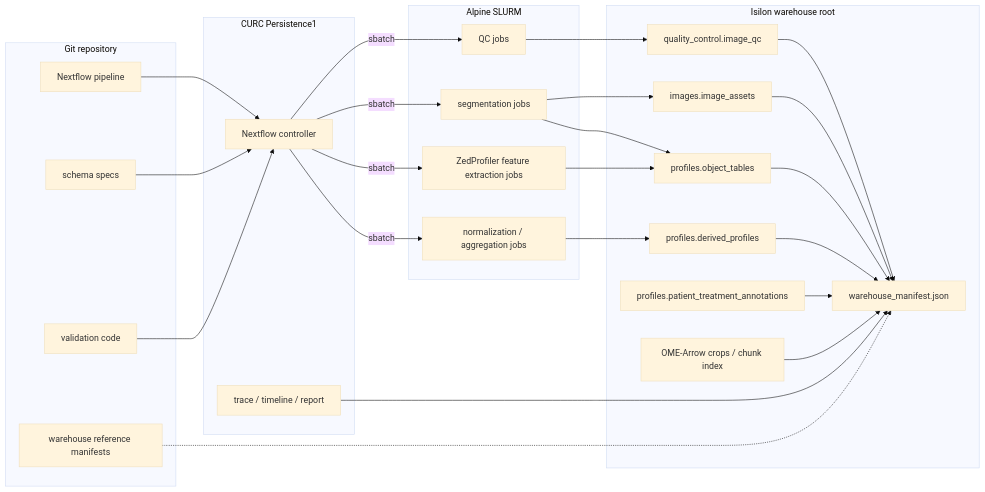
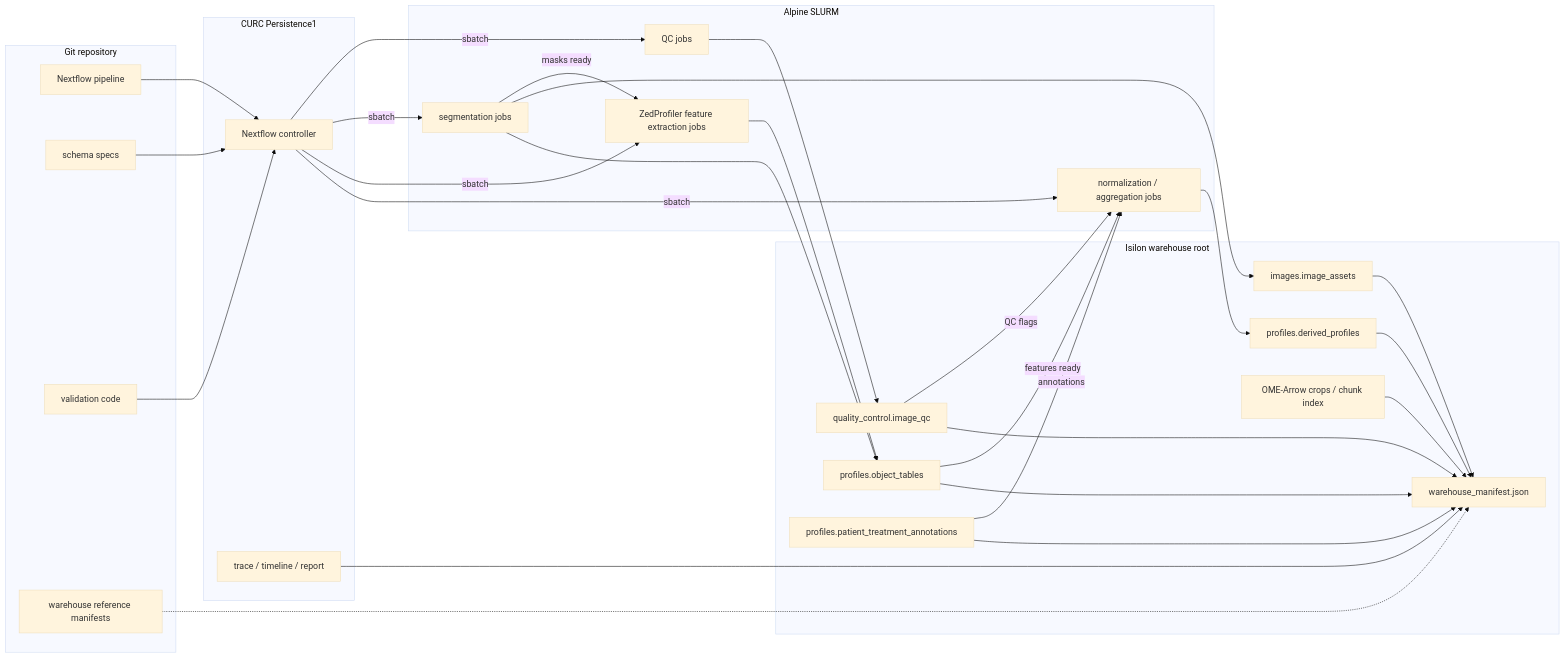
One commit to WayScience/NF1_3D_organoid_profiling_pipeline changed the diagram in docs/source/future_processing_plan.md. Above: the diagram before and after it, drawn with Mermaid (base theme).

Commit message:
diagram improvements

````diff
--- a/docs/source/future_processing_plan.md
+++ b/docs/source/future_processing_plan.md
@@ -33,52 +33,56 @@
 ```mermaid
 flowchart LR
     subgraph git_repo["Git repository"]
         nextflow_pipeline["Nextflow pipeline"]
         schema_specs["schema specs"]
         validation_code["validation code"]
         warehouse_references["warehouse reference manifests"]
     end
 
     subgraph curc_persistence["CURC Persistence1"]
         nextflow_controller["Nextflow controller"]
         run_reports["trace / timeline / report"]
     end
 
     subgraph alpine_slurm["Alpine SLURM"]
         qc_jobs["QC jobs"]
         segmentation_jobs["segmentation jobs"]
         featurization_jobs["ZedProfiler feature extraction jobs"]
         profile_jobs["normalization / aggregation jobs"]
     end
 
     subgraph isilon_warehouse["Isilon warehouse root"]
         warehouse_manifest["warehouse_manifest.json"]
         image_assets["images.image_assets"]
         image_qc["quality_control.image_qc"]
         object_profiles["profiles.object_tables"]
         derived_profiles["profiles.derived_profiles"]
         treatment_annotations["profiles.patient_treatment_annotations"]
         ome_arrow_assets["OME-Arrow crops / chunk index"]
     end
 
     nextflow_pipeline --> nextflow_controller
     schema_specs --> nextflow_controller
     validation_code --> nextflow_controller
     warehouse_references -.-> warehouse_manifest
     nextflow_controller -->|sbatch| qc_jobs
     nextflow_controller -->|sbatch| segmentation_jobs
     nextflow_controller -->|sbatch| featurization_jobs
     nextflow_controller -->|sbatch| profile_jobs
+    segmentation_jobs -->|masks ready| featurization_jobs
     qc_jobs --> image_qc
     segmentation_jobs --> image_assets
     segmentation_jobs --> object_profiles
     featurization_jobs --> object_profiles
+    object_profiles -->|features ready| profile_jobs
+    image_qc -->|QC flags| profile_jobs
+    treatment_annotations -->|annotations| profile_jobs
     profile_jobs --> derived_profiles
     image_assets --> warehouse_manifest
     image_qc --> warehouse_manifest
     object_profiles --> warehouse_manifest
     derived_profiles --> warehouse_manifest
     treatment_annotations --> warehouse_manifest
     ome_arrow_assets --> warehouse_manifest
     run_reports --> warehouse_manifest
 ```
````
